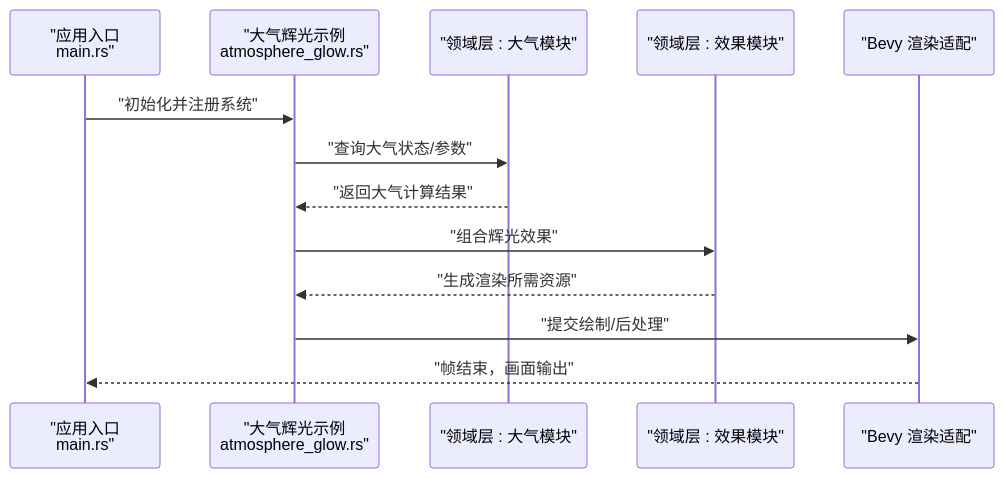
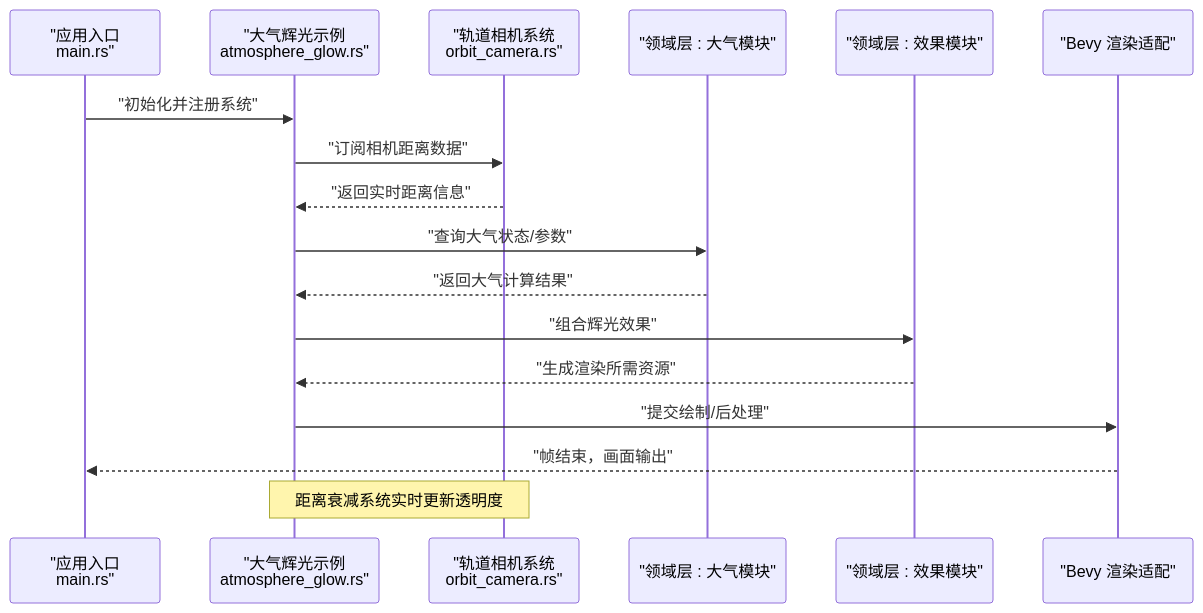
One commit to rzhangjing/cesium changed the second of 4 diagrams in .qoder/repowiki/zh/content/项目概述/核心特性/3D渲染引擎/特效与后处理系统/大气辉光效果.md. Above: the diagram before and after it, drawn with Mermaid. The commit also changed other lines of this file and 7 other files, not shown here.

````diff
--- a/.qoder/repowiki/zh/content/项目概述/核心特性/3D渲染引擎/特效与后处理系统/大气辉光效果.md
+++ b/.qoder/repowiki/zh/content/项目概述/核心特性/3D渲染引擎/特效与后处理系统/大气辉光效果.md
@@ -62,15 +81,19 @@
 ```mermaid
 sequenceDiagram
 participant App as "应用入口<br/>main.rs"
 participant Glow as "大气辉光示例<br/>atmosphere_glow.rs"
+participant Orbit as "轨道相机系统<br/>orbit_camera.rs"
 participant Atmo as "领域层 : 大气模块"
 participant FX as "领域层 : 效果模块"
 participant Render as "Bevy 渲染适配"
 App->>Glow : "初始化并注册系统"
+Glow->>Orbit : "订阅相机距离数据"
+Orbit-->>Glow : "返回实时距离信息"
 Glow->>Atmo : "查询大气状态/参数"
 Atmo-->>Glow : "返回大气计算结果"
 Glow->>FX : "组合辉光效果"
 FX-->>Glow : "生成渲染所需资源"
 Glow->>Render : "提交绘制/后处理"
 Render-->>App : "帧结束，画面输出"
+Note over Glow,Orbit : 距离衰减系统实时更新透明度
 ```
````
